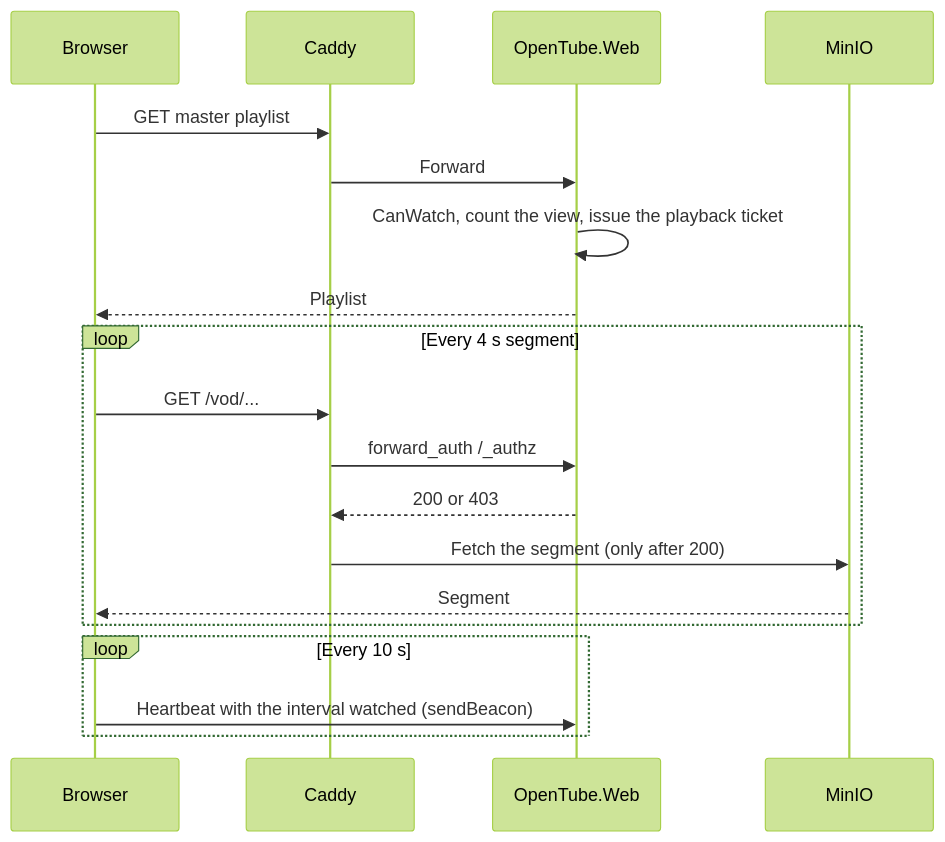
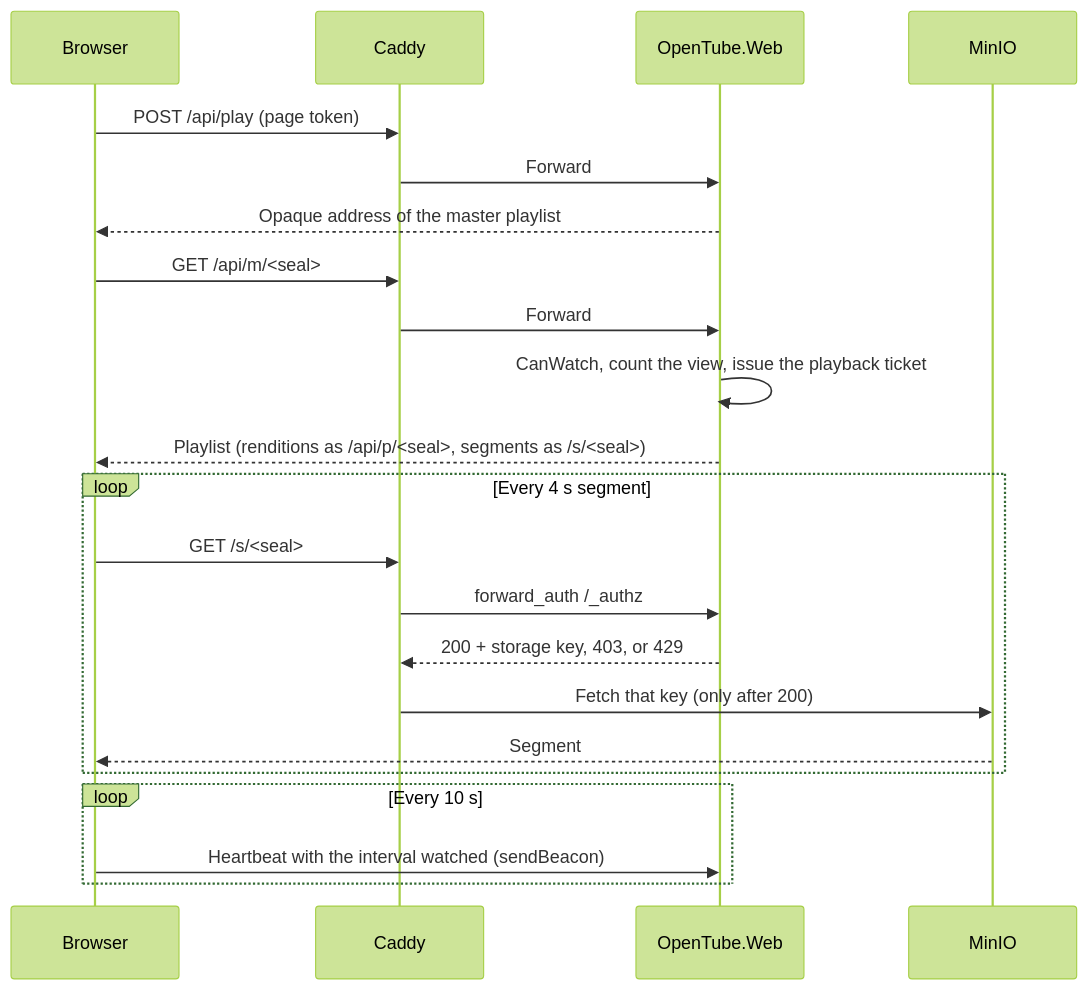
Before and after one commit to allanbarcelos/opentube: the fifth of 6 diagrams in README.md, drawn with Mermaid (forest theme). The commit also changed other lines of this file and 21 other files, not shown here.

````diff
--- a/README.md
+++ b/README.md
@@ -700,21 +700,24 @@
 ```mermaid
 sequenceDiagram
     participant B as Browser
     participant C as Caddy
     participant W as OpenTube.Web
     participant S as MinIO
-    B->>C: GET master playlist
+    B->>C: POST /api/play (page token)
+    C->>W: Forward
+    W-->>B: Opaque address of the master playlist
+    B->>C: GET /api/m/<seal>
     C->>W: Forward
     W->>W: CanWatch, count the view, issue the playback ticket
-    W-->>B: Playlist
+    W-->>B: Playlist (renditions as /api/p/<seal>, segments as /s/<seal>)
     loop Every 4 s segment
-        B->>C: GET /vod/...
+        B->>C: GET /s/<seal>
         C->>W: forward_auth /_authz
-        W-->>C: 200 or 403
-        C->>S: Fetch the segment (only after 200)
+        W-->>C: 200 + storage key, 403, or 429
+        C->>S: Fetch that key (only after 200)
         S-->>B: Segment
     end
     loop Every 10 s
         B->>W: Heartbeat with the interval watched (sendBeacon)
     end
 ```
````
